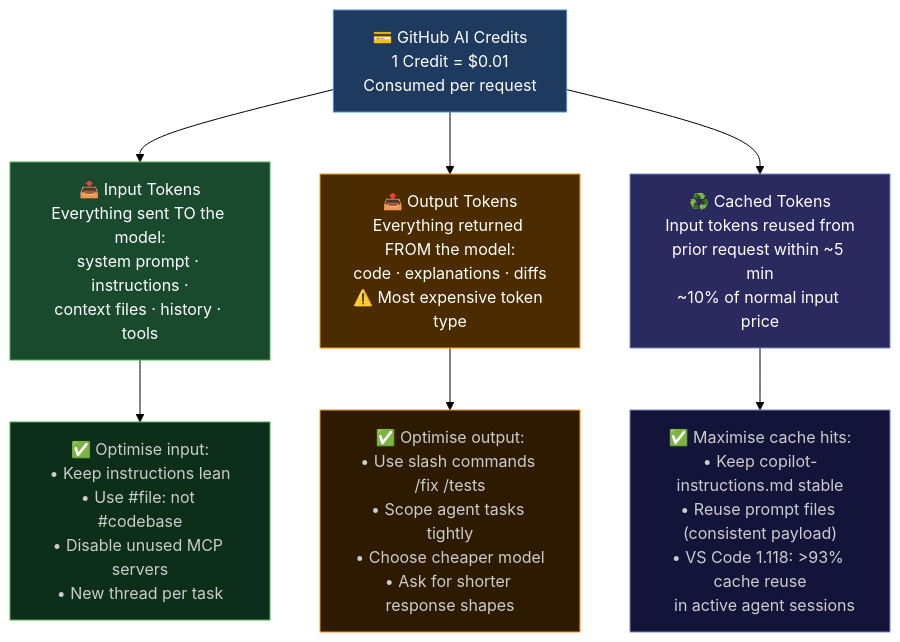
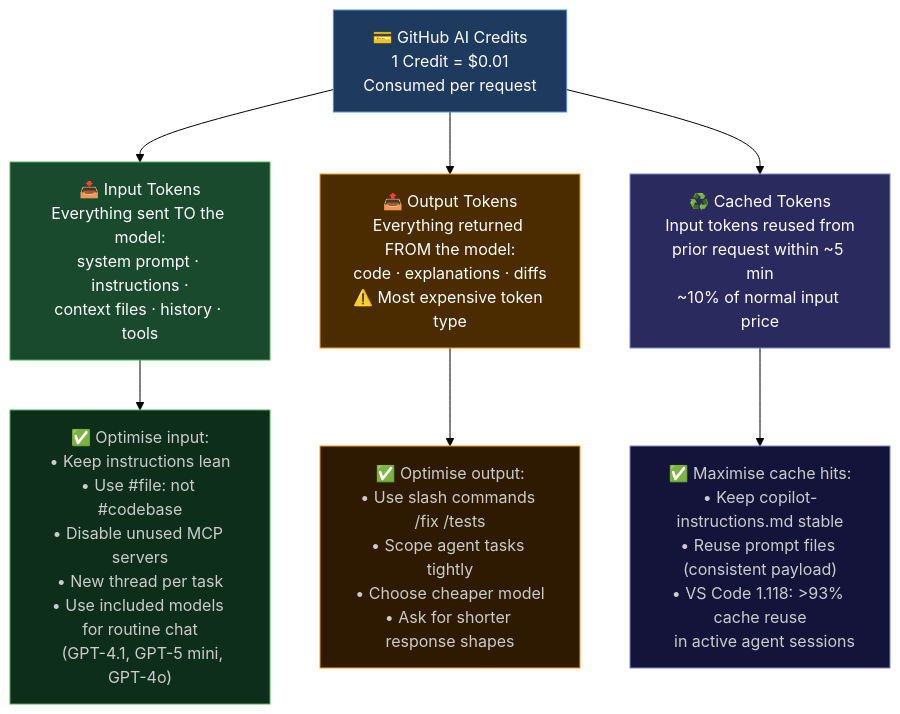
The second of 2 diagrams in temp1.md (vikascjadhav/study), drawn with Mermaid (forest theme) before and after one commit. The commit also changed other lines of this file, not shown here.

````diff
--- a/temp1.md
+++ b/temp1.md
@@ -114,20 +114,20 @@
 ```mermaid
 flowchart TD
     B["💳 GitHub AI Credits\n1 Credit = $0.01\nConsumed per request"]
 
     B --> IT["📥 Input Tokens\nEverything sent TO the model:\nsystem prompt · instructions ·\ncontext files · history · tools"]
     B --> OT["📤 Output Tokens\nEverything returned FROM the model:\ncode · explanations · diffs\n⚠️ Most expensive token type"]
     B --> CT["♻️ Cached Tokens\nInput tokens reused from\nprior request within ~5 min\n~10% of normal input price"]
 
-    IT --> IO["✅ Optimise input:\n• Keep instructions lean\n• Use #file: not #codebase\n• Disable unused MCP servers\n• New thread per task"]
+    IT --> IO["✅ Optimise input:\n• Keep instructions lean\n• Use #file: not #codebase\n• Disable unused MCP servers\n• New thread per task\n• Use included models for routine chat\n  (GPT-4.1, GPT-5 mini, GPT-4o)"]
     OT --> OO["✅ Optimise output:\n• Use slash commands /fix /tests\n• Scope agent tasks tightly\n• Choose cheaper model\n• Ask for shorter response shapes"]
     CT --> CO["✅ Maximise cache hits:\n• Keep copilot-instructions.md stable\n• Reuse prompt files (consistent payload)\n• VS Code 1.118: >93% cache reuse\n  in active agent sessions"]
 
     style B fill:#1e3a5f,color:#fff,stroke:#4a90d9
     style IT fill:#1a4a2e,color:#fff,stroke:#4caf50
     style OT fill:#4a2c00,color:#fff,stroke:#ff9800
     style CT fill:#2a2a5f,color:#fff,stroke:#7986cb
     style IO fill:#0d2e1a,color:#ccc,stroke:#4caf50
     style OO fill:#2e1a00,color:#ccc,stroke:#ff9800
     style CO fill:#14143a,color:#ccc,stroke:#7986cb
 ```
````
